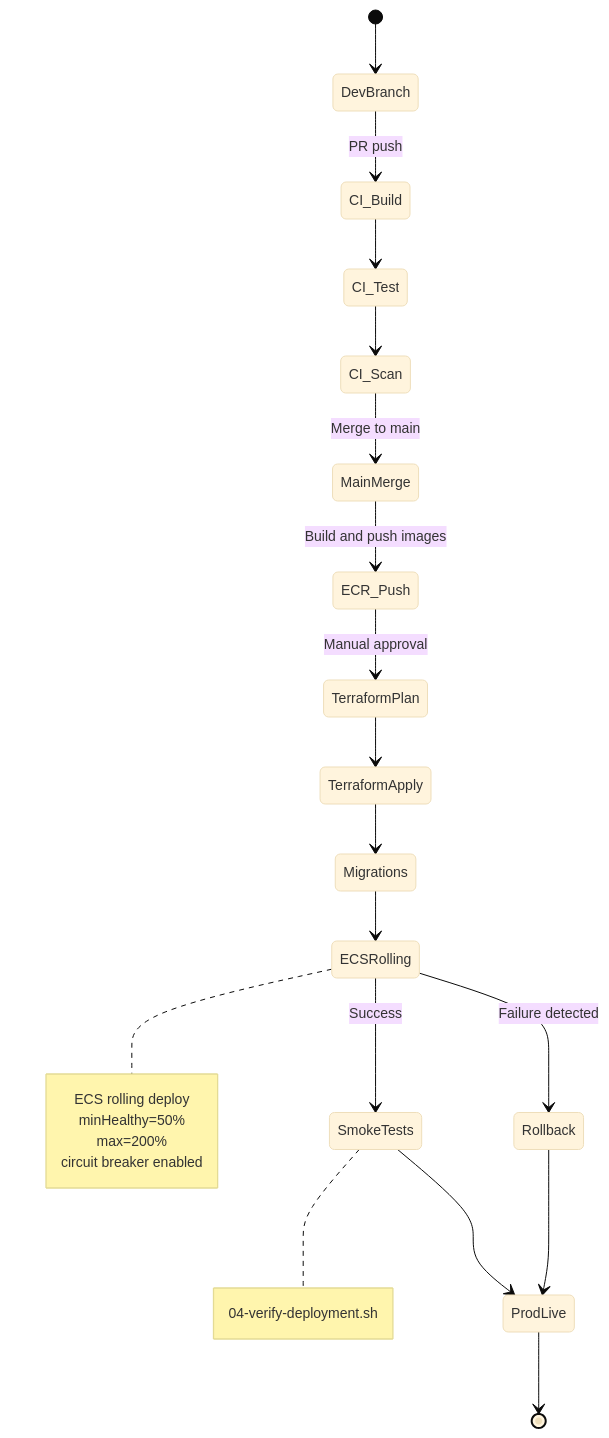
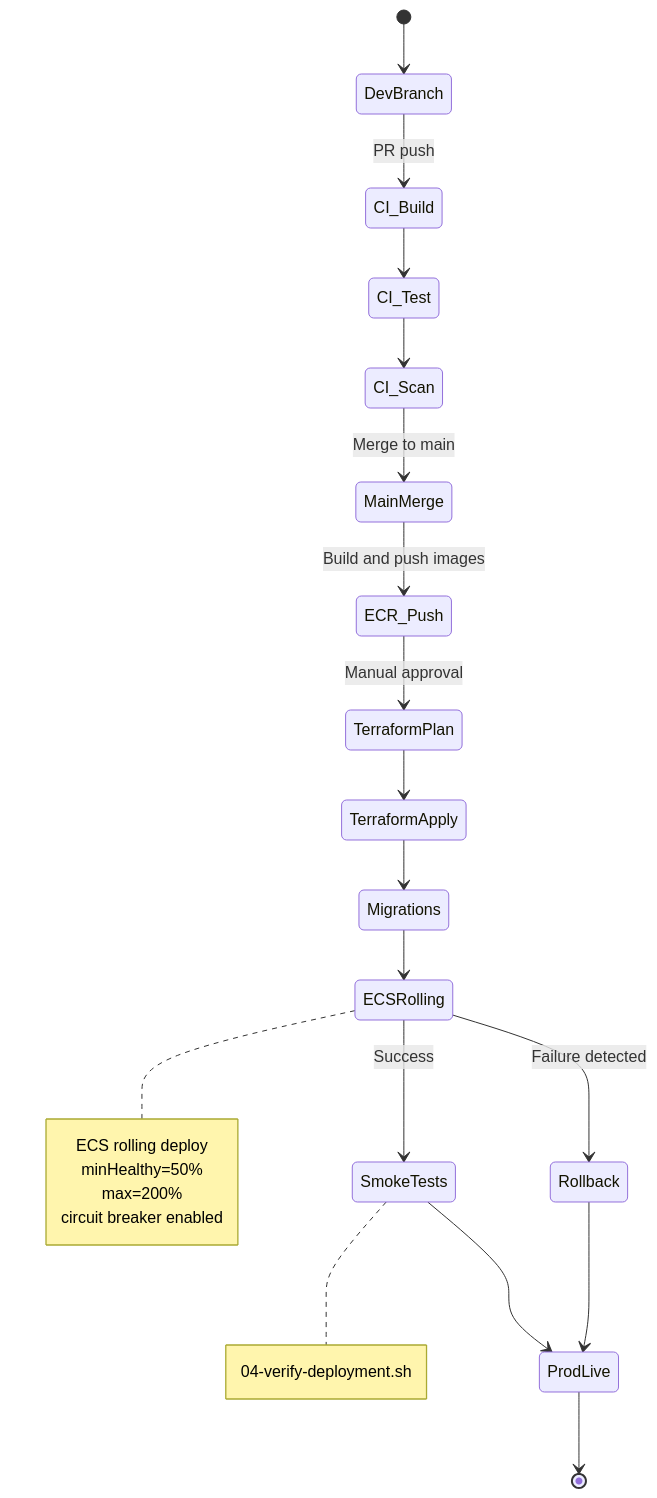
One commit to JoanneHing/cs3219-ay2526s1-project-g19 changed the seventh of 8 diagrams in docs/p1_deploy.md. Above: the diagram before and after it, drawn with Mermaid. The commit also changed other lines of this file, not shown here.

````diff
--- a/docs/p1_deploy.md
+++ b/docs/p1_deploy.md
@@ -239,30 +375,57 @@
 ```mermaid
-%%{init: {'theme':'base', 'themeVariables': {'fontSize':'14px'}}}%%
+
 stateDiagram-v2
-  [*] --> DevBranch
-  DevBranch --> CI_Build: PR push
-  CI_Build --> CI_Test
-  CI_Test --> CI_Scan
-  CI_Scan --> MainMerge: Merge to main
-  MainMerge --> ECR_Push: Build and push images
-  ECR_Push --> TerraformPlan: Manual approval
-  TerraformPlan --> TerraformApply
-  TerraformApply --> Migrations
-  Migrations --> ECSRolling
-  ECSRolling --> SmokeTests: Success
-  SmokeTests --> ProdLive
-  ProdLive --> [*]
-  ECSRolling --> Rollback: Failure detected
-  Rollback --> ProdLive
 
-  note right of ECSRolling
-    ECS rolling deploy
-    minHealthy=50%
-    max=200%
-    circuit breaker enabled
-  end note
+[*] --> DevBranch
 
-  note right of SmokeTests
-    04-verify-deployment.sh
-  end note
+DevBranch --> CI_Build: PR push
+
+CI_Build --> CI_Test
+
+CI_Test --> CI_Scan
+
+CI_Scan --> MainMerge: Merge to main
+
+MainMerge --> ECR_Push: Build and push images
+
+ECR_Push --> TerraformPlan: Manual approval
+
+TerraformPlan --> TerraformApply
+
+TerraformApply --> Migrations
+
+Migrations --> ECSRolling
+
+ECSRolling --> SmokeTests: Success
+
+SmokeTests --> ProdLive
+
+ProdLive --> [*]
+
+ECSRolling --> Rollback: Failure detected
+
+Rollback --> ProdLive
+
+  
+
+note right of ECSRolling
+
+ECS rolling deploy
+
+minHealthy=50%
+
+max=200%
+
+circuit breaker enabled
+
+end note
+
+  
+
+note right of SmokeTests
+
+04-verify-deployment.sh
+
+end note
+
 ```
````
